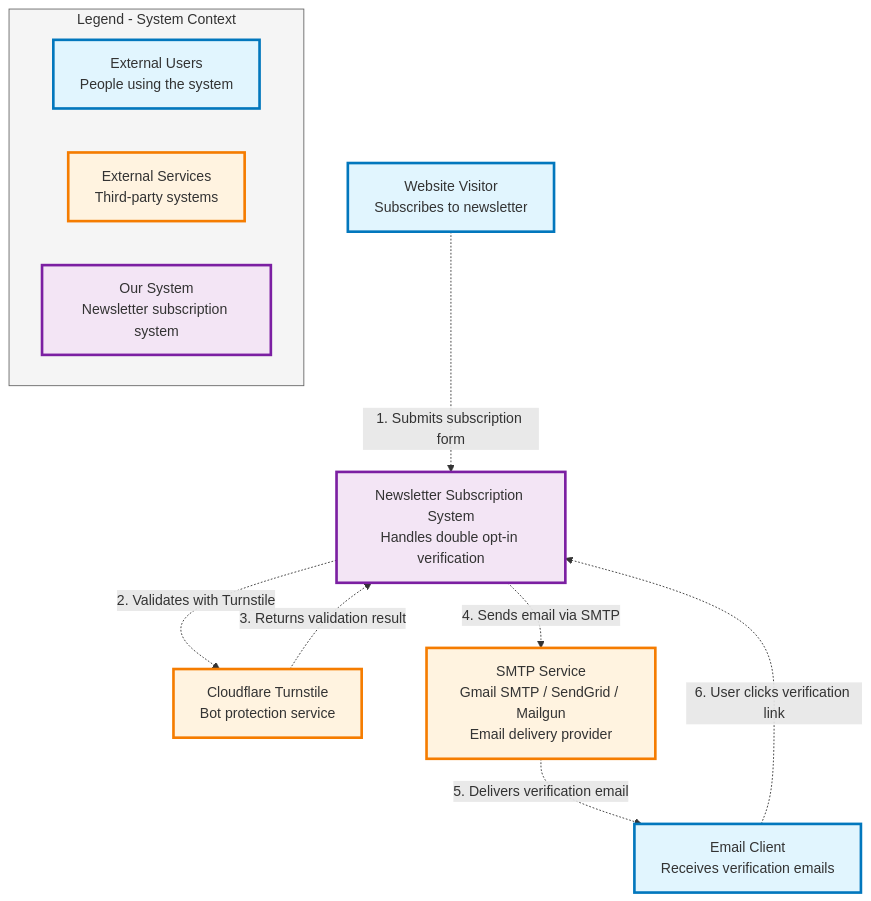
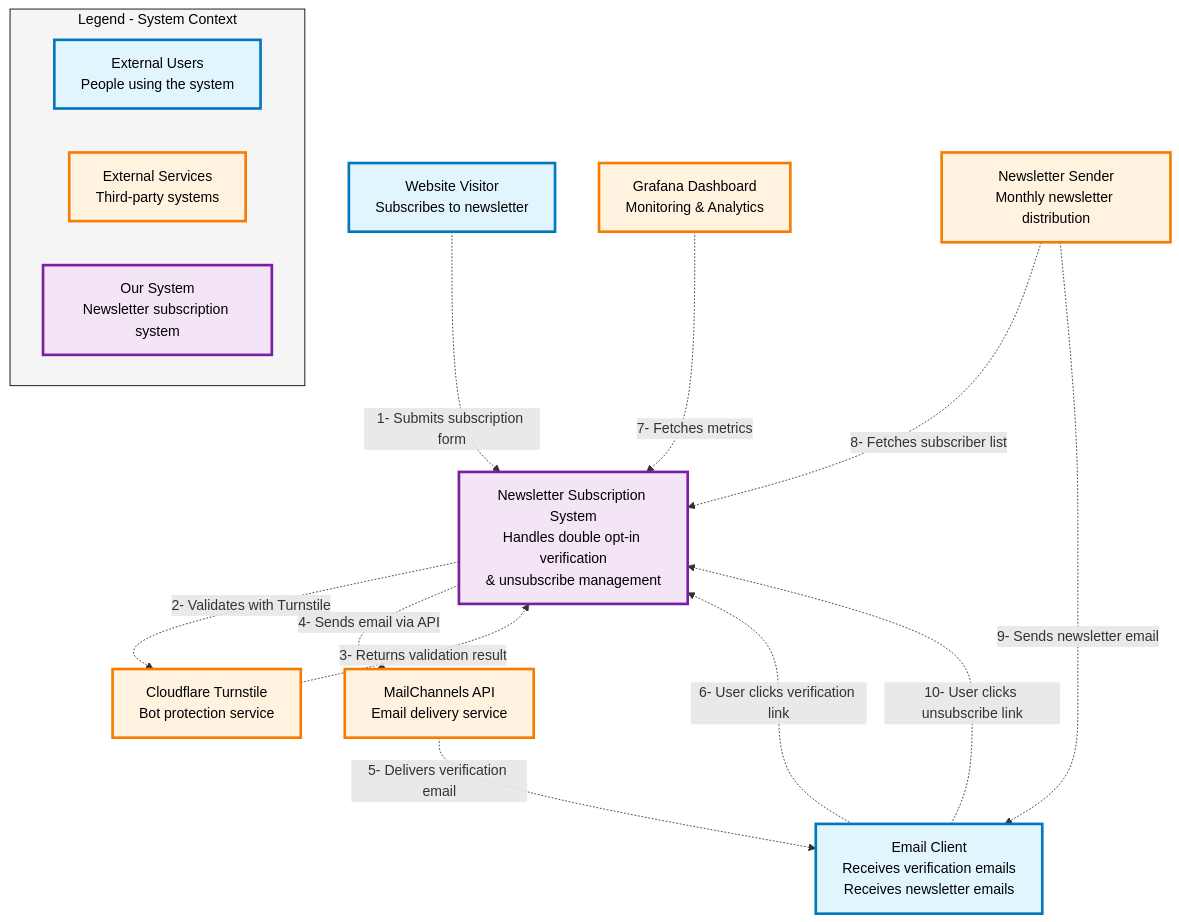
One commit to rnwolf/rnwolf-newsletter-backend-service changed the diagram in docs/c4/c4_system_context.mermaid. Above: the diagram before and after it, drawn with Mermaid. The commit also changed 4 other files, not shown here.

Commit message:
Update C4 diagrams

```diff
--- a/docs/c4/c4_system_context.mermaid
+++ b/docs/c4/c4_system_context.mermaid
@@ -1,38 +1,44 @@
 graph TB
     %% C4 Model - Level 1: System Context
     User["Website Visitor<br/>Subscribes to newsletter"]
-    EmailClient["Email Client<br/>Receives verification emails"]
+    EmailClient["Email Client<br/>Receives verification emails<br/>Receives newsletter emails"]
     CFTurnstile["Cloudflare Turnstile<br/>Bot protection service"]
-    SMTPService["SMTP Service<br/>Gmail SMTP / SendGrid / Mailgun<br/>Email delivery provider"]
-    NewsletterSystem["Newsletter Subscription System<br/>Handles double opt-in verification"]
-    
+    MailChannels["MailChannels API<br/>Email delivery service"]
+    NewsletterSystem["Newsletter Subscription System<br/>Handles double opt-in verification<br/>& unsubscribe management"]
+    Grafana["Grafana Dashboard<br/>Monitoring & Analytics"]
+    NewsletterSender["Newsletter Sender<br/>Monthly newsletter distribution"]
+
     %% System Context relationships
-    User -.->|"1. Submits subscription form"| NewsletterSystem
-    NewsletterSystem -.->|"2. Validates with Turnstile"| CFTurnstile
-    CFTurnstile -.->|"3. Returns validation result"| NewsletterSystem
-    NewsletterSystem -.->|"4. Sends email via SMTP"| SMTPService
-    SMTPService -.->|"5. Delivers verification email"| EmailClient
-    EmailClient -.->|"6. User clicks verification link"| NewsletterSystem
-    
+    User -.->|1- Submits subscription form| NewsletterSystem
+    NewsletterSystem -.->|2- Validates with Turnstile| CFTurnstile
+    CFTurnstile -.->|3- Returns validation result| NewsletterSystem
+    NewsletterSystem -.->|4- Sends email via API| MailChannels
+    MailChannels -.->|5- Delivers verification email| EmailClient
+    EmailClient -.->|6- User clicks verification link| NewsletterSystem
+    Grafana -.->|7- Fetches metrics| NewsletterSystem
+    NewsletterSender -.->|8- Fetches subscriber list| NewsletterSystem
+    NewsletterSender -.->|9- Sends newsletter email| EmailClient
+    EmailClient -.->|10- User clicks unsubscribe link| NewsletterSystem
+
     %% Legend
     subgraph Legend["Legend - System Context"]
         LegendUser["External Users<br/>People using the system"]
         LegendExternal["External Services<br/>Third-party systems"]
         LegendSystem["Our System<br/>Newsletter subscription system"]
     end
 
     %% Styling
-    classDef userFlow fill:#e1f5fe,stroke:#0277bd,stroke-width:3px
-    classDef externalFlow fill:#fff3e0,stroke:#f57c00,stroke-width:3px
-    classDef systemFlow fill:#f3e5f5,stroke:#7b1fa2,stroke-width:3px
-    classDef legendBox fill:#f5f5f5,stroke:#666,stroke-width:1px
+    classDef userFlow fill:#e1f5fe,stroke:#0277bd,stroke-width:3px,color:#000
+    classDef externalFlow fill:#fff3e0,stroke:#f57c00,stroke-width:3px,color:#000
+    classDef systemFlow fill:#f3e5f5,stroke:#7b1fa2,stroke-width:3px,color:#000
+    classDef legendBox fill:#f5f5f5,stroke:#000,stroke-width:1px,color:#000
 
     class User,EmailClient userFlow
-    class CFTurnstile,SMTPService externalFlow
+    class CFTurnstile,MailChannels,Grafana,NewsletterSender externalFlow
     class NewsletterSystem systemFlow
     class Legend,LegendUser,LegendExternal,LegendSystem legendBox
-    
+
     %% Apply legend colors
     class LegendUser userFlow
     class LegendExternal externalFlow
     class LegendSystem systemFlow
```
